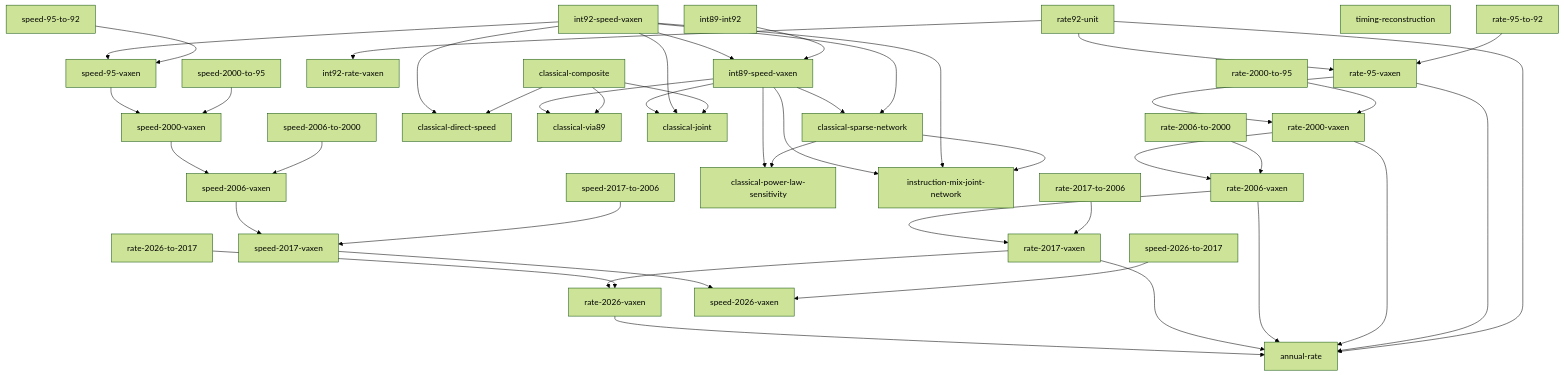
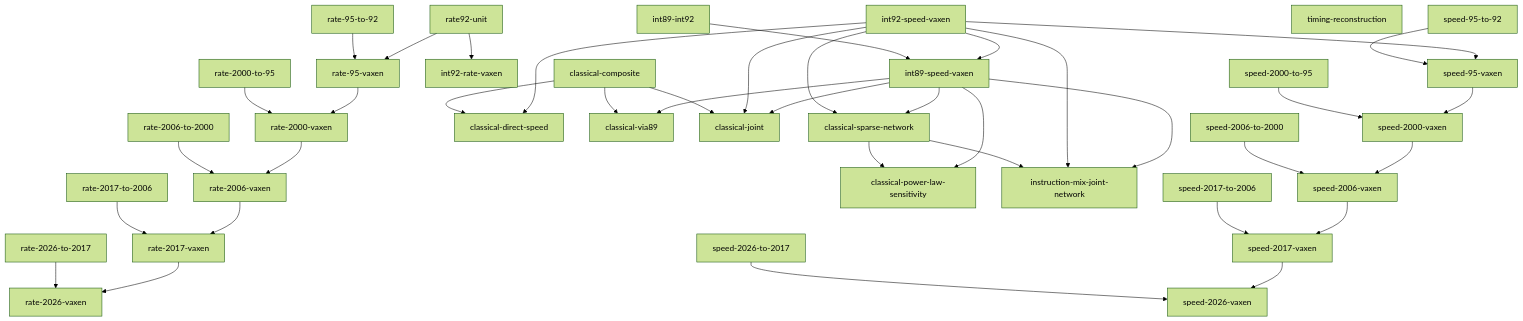
One commit to NeoChen1024/CPUShowSpeed changed the diagram in research/catalog.md. Above: the diagram before and after it, drawn with Mermaid (forest theme). The commit also changed other lines of this file and 21 other files, not shown here.

First line of the commit message:
Remove the annual rate view

````diff
--- a/research/catalog.md
+++ b/research/catalog.md
@@ -55,80 +55,73 @@
 ```mermaid
 flowchart TD
     rate92_unit["rate92-unit"]
     rate_95_to_92["rate-95-to-92"]
     rate_95_vaxen["rate-95-vaxen"]
     rate_95_to_92 --> rate_95_vaxen
     rate92_unit --> rate_95_vaxen
     rate_2000_to_95["rate-2000-to-95"]
     rate_2000_vaxen["rate-2000-vaxen"]
     rate_2000_to_95 --> rate_2000_vaxen
     rate_95_vaxen --> rate_2000_vaxen
     rate_2006_to_2000["rate-2006-to-2000"]
     rate_2006_vaxen["rate-2006-vaxen"]
     rate_2006_to_2000 --> rate_2006_vaxen
     rate_2000_vaxen --> rate_2006_vaxen
     rate_2017_to_2006["rate-2017-to-2006"]
     rate_2017_vaxen["rate-2017-vaxen"]
     rate_2017_to_2006 --> rate_2017_vaxen
     rate_2006_vaxen --> rate_2017_vaxen
     rate_2026_to_2017["rate-2026-to-2017"]
     rate_2026_vaxen["rate-2026-vaxen"]
     rate_2026_to_2017 --> rate_2026_vaxen
     rate_2017_vaxen --> rate_2026_vaxen
-    annual_rate["annual-rate"]
-    rate92_unit --> annual_rate
-    rate_95_vaxen --> annual_rate
-    rate_2000_vaxen --> annual_rate
-    rate_2006_vaxen --> annual_rate
-    rate_2017_vaxen --> annual_rate
-    rate_2026_vaxen --> annual_rate
     int89_int92["int89-int92"]
     int92_rate_vaxen["int92-rate-vaxen"]
     rate92_unit --> int92_rate_vaxen
     int89_speed_vaxen["int89-speed-vaxen"]
     int89_int92 --> int89_speed_vaxen
     int92_speed_vaxen --> int89_speed_vaxen
     classical_composite["classical-composite"]
     classical_direct_speed["classical-direct-speed"]
     classical_composite --> classical_direct_speed
     int92_speed_vaxen --> classical_direct_speed
     classical_via89["classical-via89"]
     classical_composite --> classical_via89
     int89_speed_vaxen --> classical_via89
     classical_joint["classical-joint"]
     classical_composite --> classical_joint
     int92_speed_vaxen --> classical_joint
     int89_speed_vaxen --> classical_joint
     timing_reconstruction["timing-reconstruction"]
     classical_sparse_network["classical-sparse-network"]
     int92_speed_vaxen --> classical_sparse_network
     int89_speed_vaxen --> classical_sparse_network
     classical_power_law_sensitivity["classical-power-law-sensitivity"]
     classical_sparse_network --> classical_power_law_sensitivity
     int89_speed_vaxen --> classical_power_law_sensitivity
     instruction_mix_joint_network["instruction-mix-joint-network"]
     classical_sparse_network --> instruction_mix_joint_network
     int92_speed_vaxen --> instruction_mix_joint_network
     int89_speed_vaxen --> instruction_mix_joint_network
     int92_speed_vaxen["int92-speed-vaxen"]
     speed_95_to_92["speed-95-to-92"]
     speed_95_vaxen["speed-95-vaxen"]
     speed_95_to_92 --> speed_95_vaxen
     int92_speed_vaxen --> speed_95_vaxen
     speed_2000_to_95["speed-2000-to-95"]
     speed_2000_vaxen["speed-2000-vaxen"]
     speed_2000_to_95 --> speed_2000_vaxen
     speed_95_vaxen --> speed_2000_vaxen
     speed_2006_to_2000["speed-2006-to-2000"]
     speed_2006_vaxen["speed-2006-vaxen"]
     speed_2006_to_2000 --> speed_2006_vaxen
     speed_2000_vaxen --> speed_2006_vaxen
     speed_2017_to_2006["speed-2017-to-2006"]
     speed_2017_vaxen["speed-2017-vaxen"]
     speed_2017_to_2006 --> speed_2017_vaxen
     speed_2006_vaxen --> speed_2017_vaxen
     speed_2026_to_2017["speed-2026-to-2017"]
     speed_2026_vaxen["speed-2026-vaxen"]
     speed_2026_to_2017 --> speed_2026_vaxen
     speed_2017_vaxen --> speed_2026_vaxen
 ```
````
